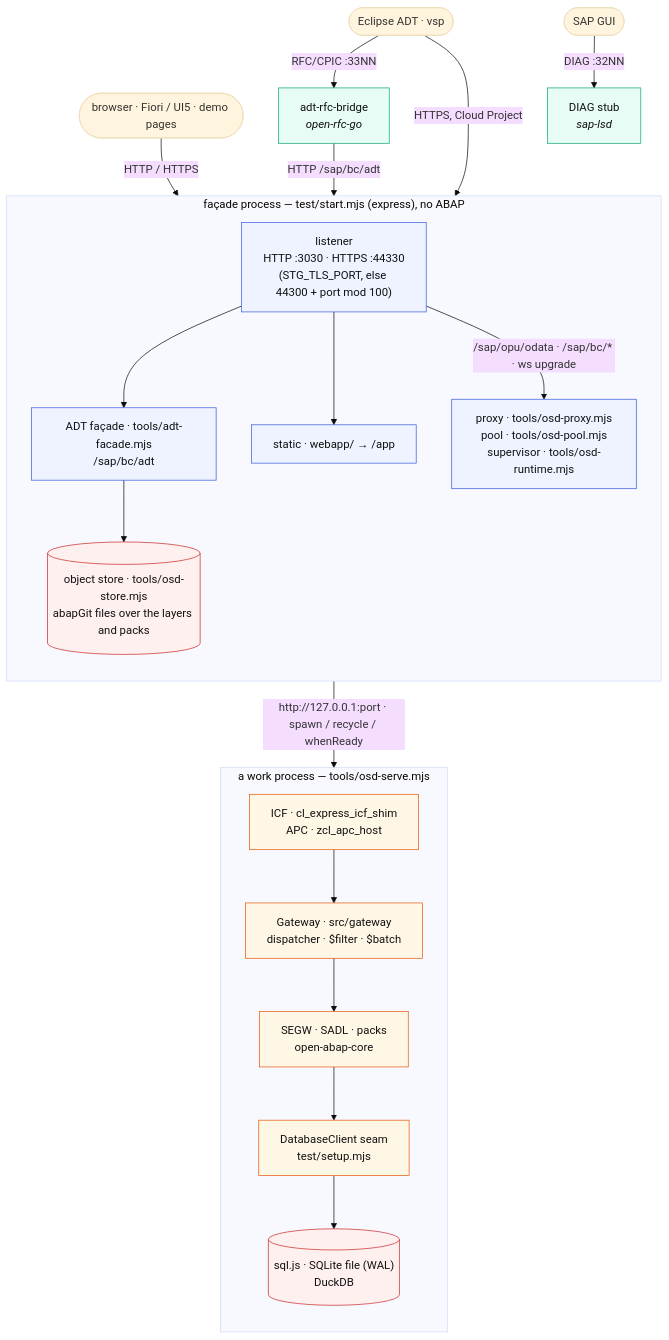
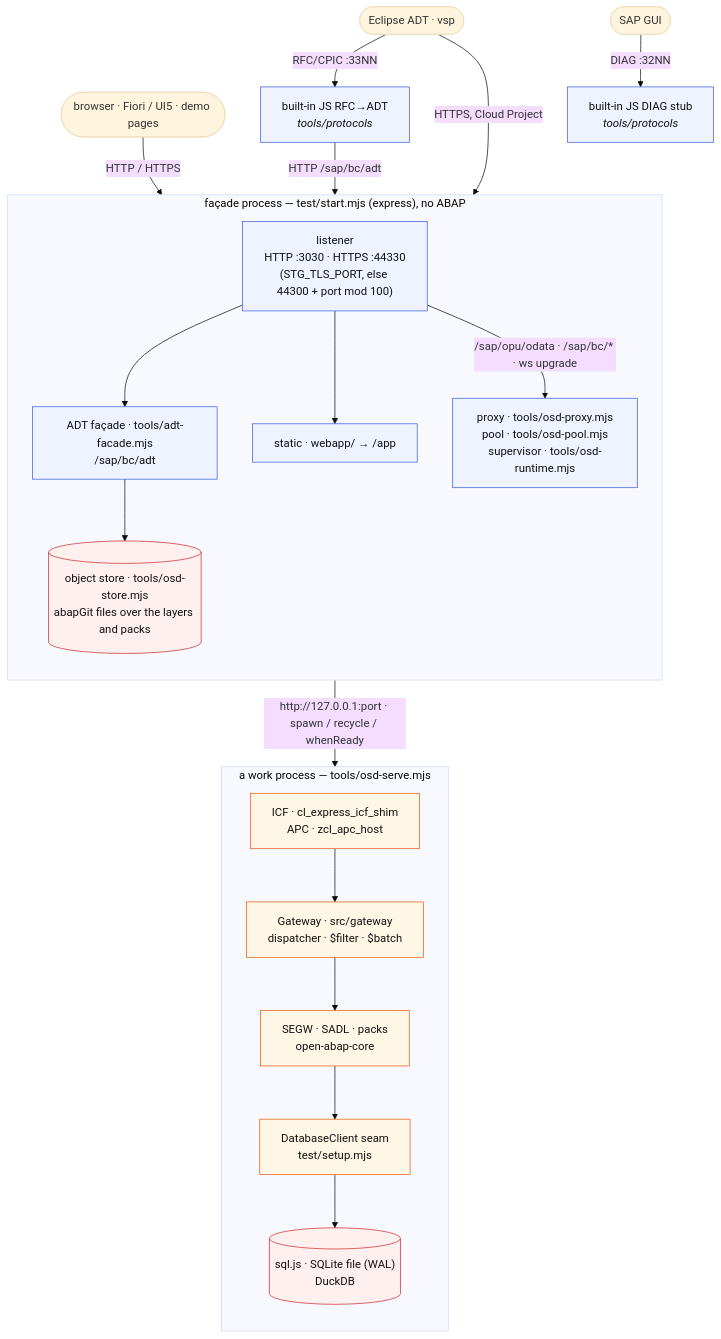
The first of 2 diagrams in README.md (oisee/open-steamgate), drawn with Mermaid (base theme) before and after one commit. The commit also changed other lines of this file and 36 other files, not shown here.

````diff
--- a/README.md
+++ b/README.md
@@ -287,45 +287,43 @@
 ```mermaid
 flowchart TB
   BROWSER(["browser · Fiori / UI5 · demo pages"])
   ECLIPSE(["Eclipse ADT · vsp"])
   GUI(["SAP GUI"])
-  BRIDGE["adt-rfc-bridge<br/><i>open-rfc-go</i>"]
-  DIAG["DIAG stub<br/><i>sap-lsd</i>"]
+  BRIDGE["built-in JS RFC→ADT<br/><i>tools/protocols</i>"]
+  DIAG["built-in JS DIAG stub<br/><i>tools/protocols</i>"]
 
   subgraph facade["façade process — test/start.mjs (express), no ABAP"]
     direction TB
     LISTEN["listener<br/>HTTP :3030 · HTTPS :44330<br/>(STG_TLS_PORT, else 44300 + port mod 100)"]
     ADT["ADT façade · tools/adt-facade.mjs<br/>/sap/bc/adt"]
     STORE[("object store · tools/osd-store.mjs<br/>abapGit files over the layers and packs")]
     STATIC["static · webapp/ → /app"]
     PROXY["proxy · tools/osd-proxy.mjs<br/>pool · tools/osd-pool.mjs<br/>supervisor · tools/osd-runtime.mjs"]
     LISTEN --> ADT --> STORE
     LISTEN --> STATIC
     LISTEN -- "/sap/opu/odata · /sap/bc/* · ws upgrade" --> PROXY
   end
 
   subgraph runtime["a work process — tools/osd-serve.mjs"]
     direction TB
     ICF["ICF · cl_express_icf_shim<br/>APC · zcl_apc_host"]
     GW["Gateway · src/gateway<br/>dispatcher · $filter · $batch"]
     APP["SEGW · SADL · packs<br/>open-abap-core"]
     SEAM["DatabaseClient seam<br/>test/setup.mjs"]
     DB[("sql.js · SQLite file (WAL)<br/>DuckDB")]
     ICF --> GW --> APP --> SEAM --> DB
   end
 
   BROWSER -- "HTTP / HTTPS" --> LISTEN
   ECLIPSE -- "HTTPS, Cloud Project" --> LISTEN
   ECLIPSE -- "RFC/CPIC :33NN" --> BRIDGE -- "HTTP /sap/bc/adt" --> LISTEN
   GUI -- "DIAG :32NN" --> DIAG
   PROXY -- "http://127.0.0.1:port · spawn / recycle / whenReady" --> ICF
 
   classDef js fill:#eef3ff,stroke:#3b5bdb,color:#111
   classDef abap fill:#fff7e6,stroke:#e8590c,color:#111
-  classDef go fill:#e6fcf5,stroke:#0ca678,color:#111
   classDef store fill:#fff0f0,stroke:#c92a2a,color:#111
-  class LISTEN,ADT,STATIC,PROXY js
+  class LISTEN,ADT,STATIC,PROXY,BRIDGE,DIAG js
   class ICF,GW,APP,SEAM abap
-  class BRIDGE,DIAG go
   class STORE,DB store
 ```
````
